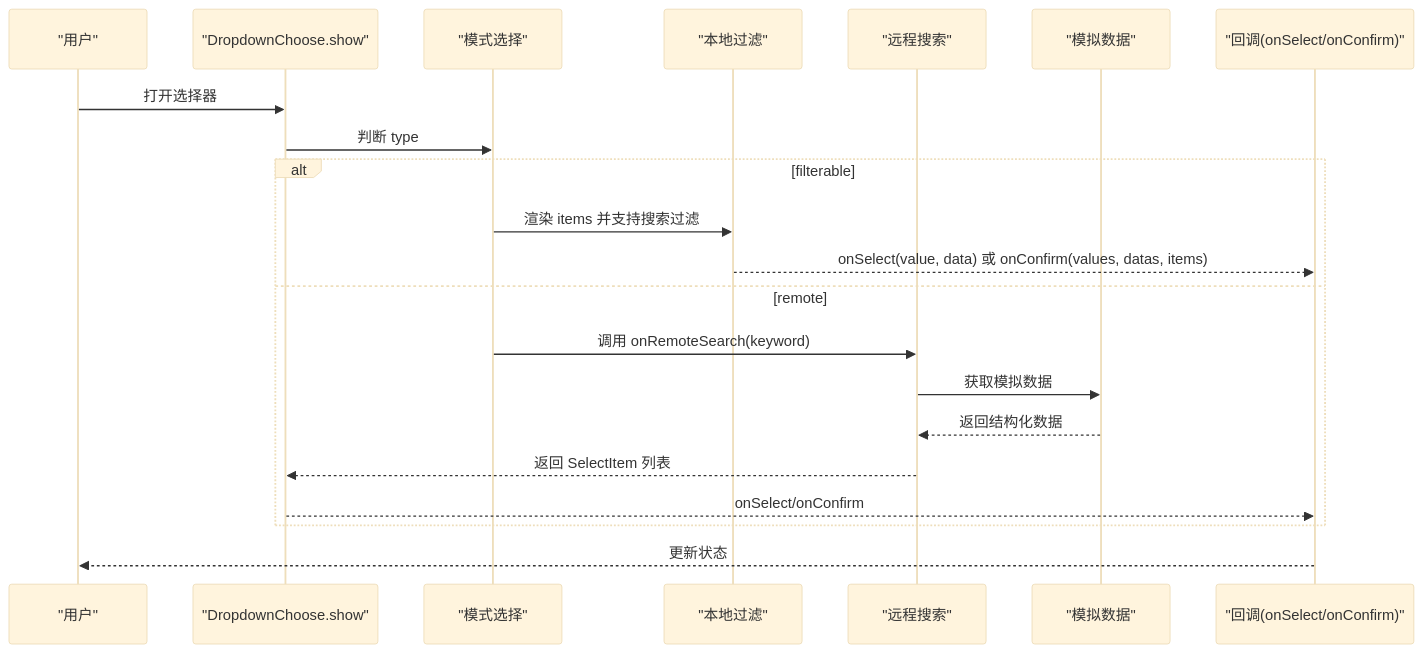
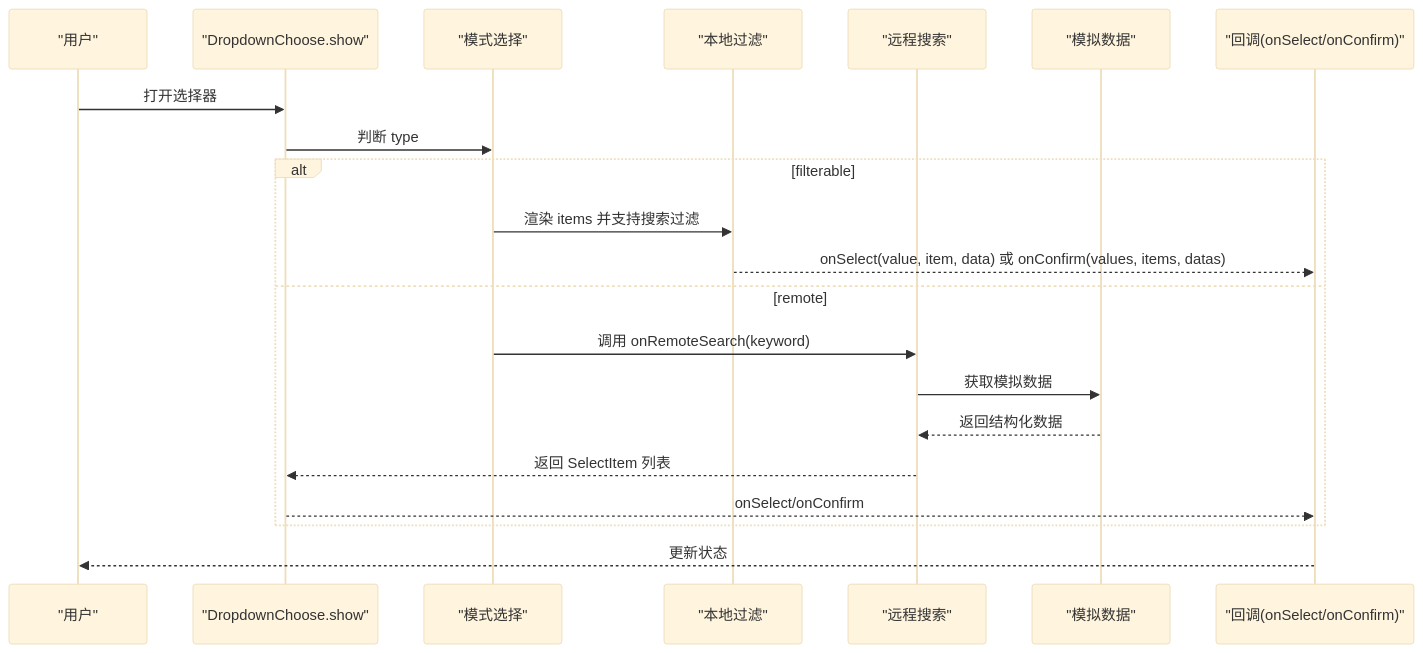
One commit to yuzhido/lite-ui changed the sixth of 10 diagrams in .qoder/repowiki/zh/content/示例演示.md. Above: the diagram before and after it, drawn with Mermaid (base theme). The commit also changed other lines of this file and 44 other files, not shown here.

````diff
--- a/.qoder/repowiki/zh/content/示例演示.md
+++ b/.qoder/repowiki/zh/content/示例演示.md
@@ -270,23 +276,23 @@
 ```mermaid
 sequenceDiagram
 participant U as "用户"
 participant S as "DropdownChoose.show"
 participant M as "模式选择"
 participant L as "本地过滤"
 participant R as "远程搜索"
 participant MD as "模拟数据"
 participant CB as "回调(onSelect/onConfirm)"
 U->>S : 打开选择器
 S->>M : 判断 type
 alt filterable
 M->>L : 渲染 items 并支持搜索过滤
-L-->>CB : onSelect(value, data) 或 onConfirm(values, datas, items)
+L-->>CB : onSelect(value, item, data) 或 onConfirm(values, items, datas)
 else remote
 M->>R : 调用 onRemoteSearch(keyword)
 R->>MD : 获取模拟数据
 MD-->>R : 返回结构化数据
 R-->>S : 返回 SelectItem 列表
 S-->>CB : onSelect/onConfirm
 end
 CB-->>U : 更新状态
 ```
````
